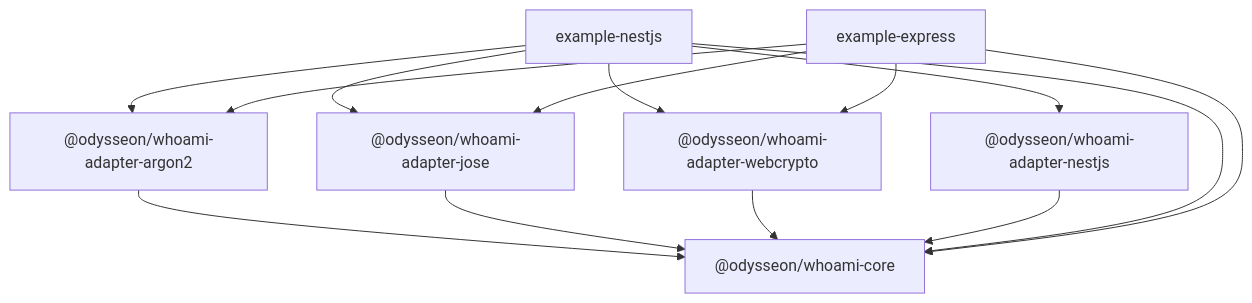
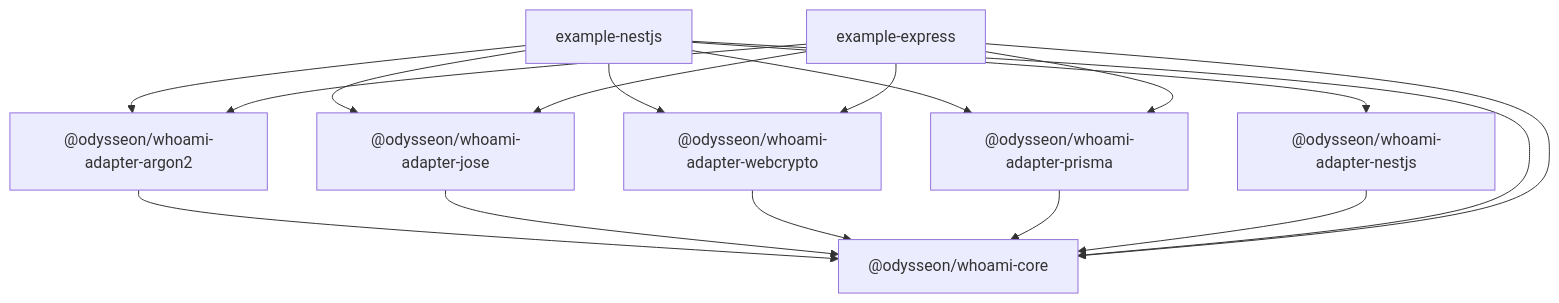
Before and after one commit to odysseon/whoami: the diagram in packages/README.md, drawn with Mermaid. The commit also changed other lines of this file and 7 other files, not shown here.

````diff
--- a/packages/README.md
+++ b/packages/README.md
@@ -15,20 +16,23 @@
 ```mermaid
 graph TD
     Core["@odysseon/whoami-core"]
 
     Argon2["@odysseon/whoami-adapter-argon2"] --> Core
     Jose["@odysseon/whoami-adapter-jose"] --> Core
     WebCrypto["@odysseon/whoami-adapter-webcrypto"] --> Core
+    Prisma["@odysseon/whoami-adapter-prisma"] --> Core
     NestJS["@odysseon/whoami-adapter-nestjs"] --> Core
 
     ExNest["example-nestjs"] --> Core
     ExNest --> Argon2
     ExNest --> Jose
     ExNest --> WebCrypto
+    ExNest --> Prisma
     ExNest --> NestJS
 
     ExExpress["example-express"] --> Core
     ExExpress --> Argon2
     ExExpress --> Jose
     ExExpress --> WebCrypto
+    ExExpress --> Prisma
 ```
````
